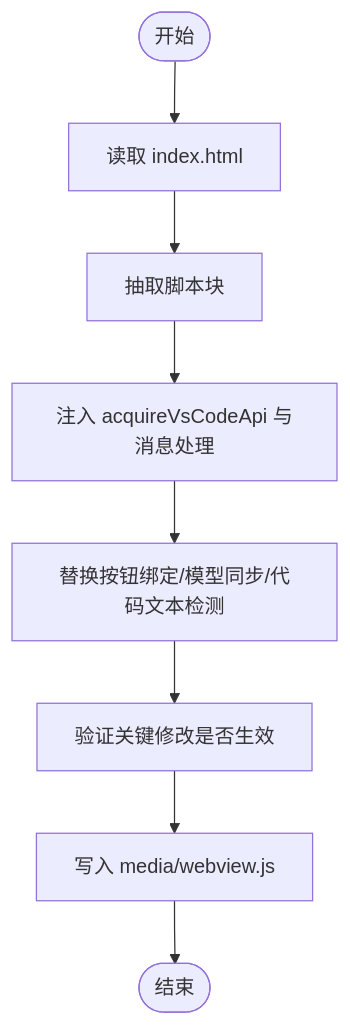
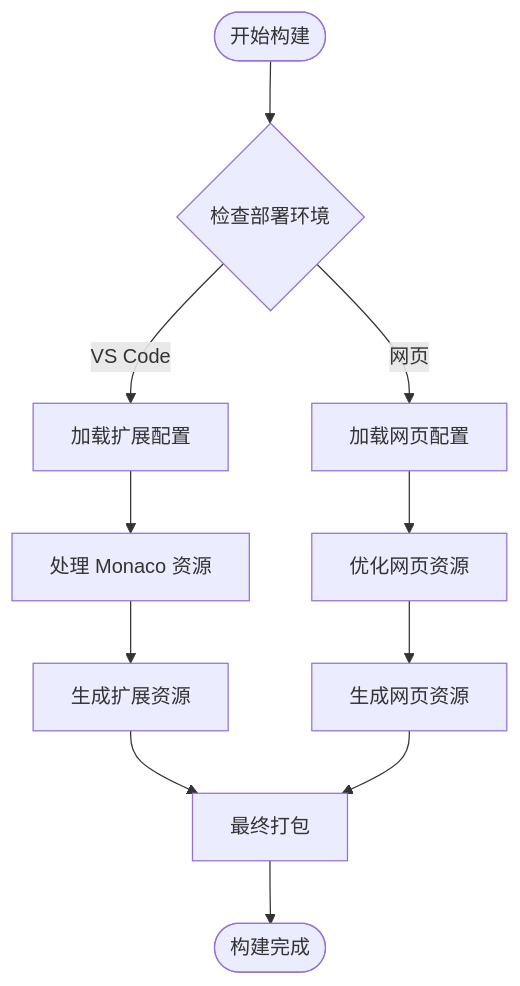
The third of 6 diagrams in .qoder/repowiki/zh/content/开发者指南/构建和部署.md (meiok1/wysjson), drawn with Mermaid before and after one commit. The commit also changed other lines of this file and 45 other files, not shown here.

````diff
--- a/.qoder/repowiki/zh/content/开发者指南/构建和部署.md
+++ b/.qoder/repowiki/zh/content/开发者指南/构建和部署.md
@@ -147,10 +189,13 @@
 ```mermaid
 flowchart TD
-Start(["开始"]) --> Read["读取 index.html"]
-Read --> Extract["抽取脚本块"]
-Extract --> Inject["注入 acquireVsCodeApi 与消息处理"]
-Inject --> Modify["替换按钮绑定/模型同步/代码文本检测"]
-Modify --> Verify["验证关键修改是否生效"]
-Verify --> Write["写入 media/webview.js"]
-Write --> End(["结束"])
+Start(["开始构建"]) --> CheckEnv{"检查部署环境"}
+CheckEnv --> |VS Code| VSConfig["加载扩展配置"]
+CheckEnv --> |网页| WebConfig["加载网页配置"]
+VSConfig --> Monaco["处理 Monaco 资源"]
+Monaco --> VSBuild["生成扩展资源"]
+WebConfig --> WebOptimize["优化网页资源"]
+WebOptimize --> WebBuild["生成网页资源"]
+VSBuild --> Finalize["最终打包"]
+WebBuild --> Finalize
+Finalize --> End(["构建完成"])
 ```
````
